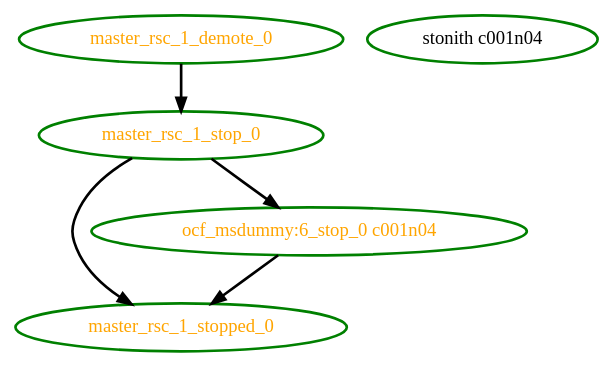
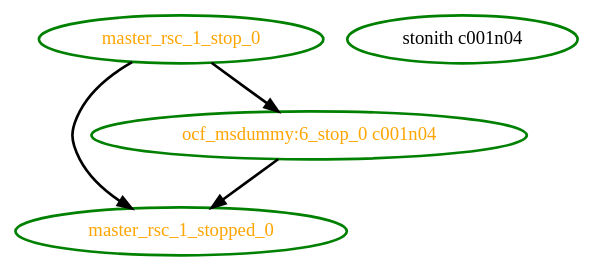
The diagram in crm/pengine/testcases/rec-node-13.dot (richiewen8/heartbeat), drawn with Graphviz before and after one commit. The commit also changed 25 other files, not shown here.

```diff
--- a/crm/pengine/testcases/rec-node-13.dot
+++ b/crm/pengine/testcases/rec-node-13.dot
@@ -1,11 +1,9 @@
  digraph "g" {
-"master_rsc_1_demote_0" -> "master_rsc_1_stop_0" [ style = bold]
-"master_rsc_1_demote_0" [ style=bold color="green" fontcolor="orange" ]
 "master_rsc_1_stop_0" -> "master_rsc_1_stopped_0" [ style = bold]
 "master_rsc_1_stop_0" -> "ocf_msdummy:6_stop_0 c001n04" [ style = bold]
 "master_rsc_1_stop_0" [ style=bold color="green" fontcolor="orange" ]
 "master_rsc_1_stopped_0" [ style=bold color="green" fontcolor="orange" ]
 "ocf_msdummy:6_stop_0 c001n04" -> "master_rsc_1_stopped_0" [ style = bold]
 "ocf_msdummy:6_stop_0 c001n04" [ style=bold color="green" fontcolor="orange" ]
 "stonith c001n04" [ style=bold color="green" fontcolor="black" ]
 }
```
